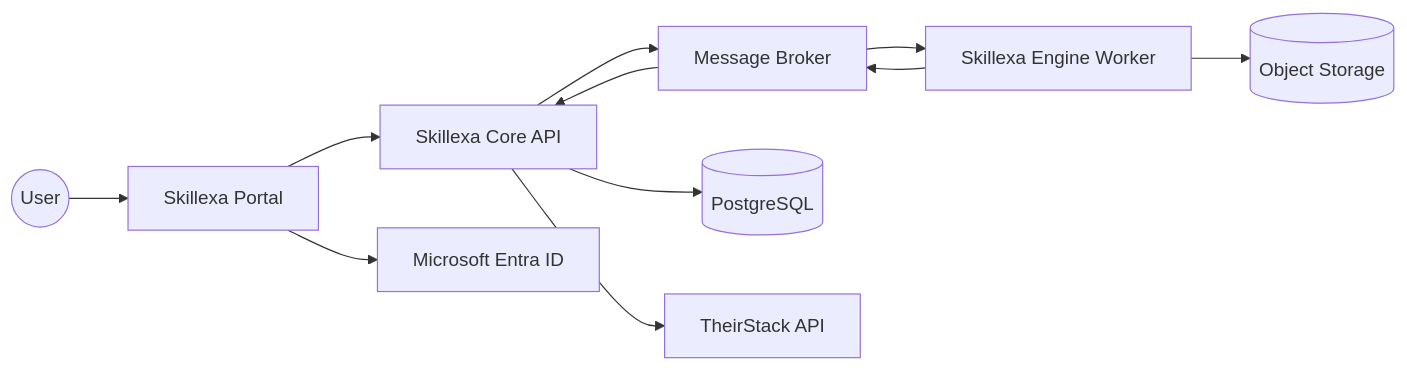
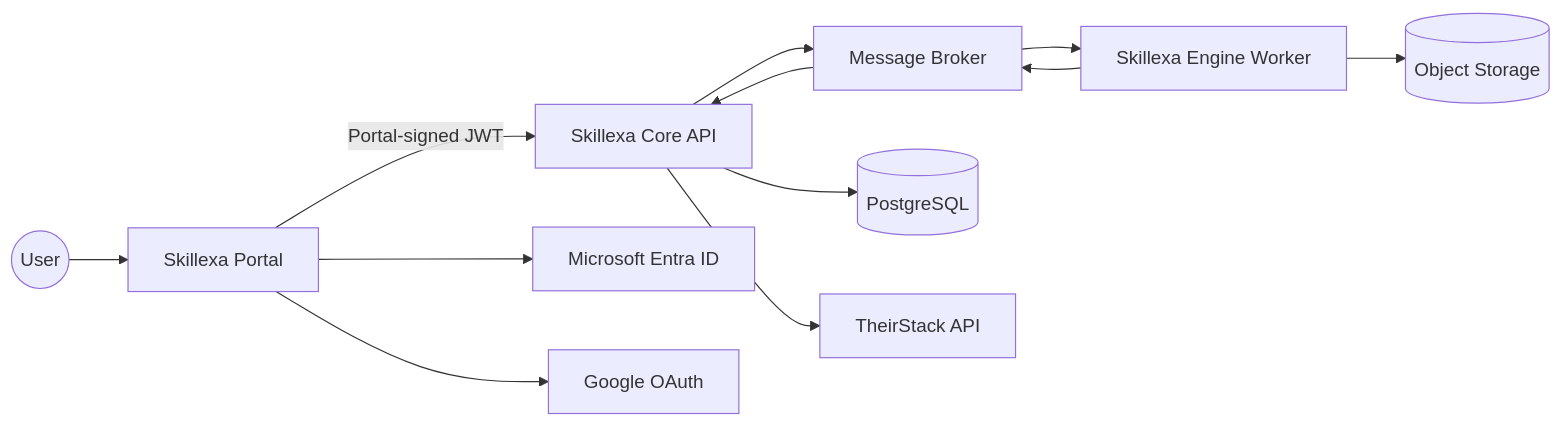
The diagram in docs/diagrams/high-level-system-architecture.md (IXvlad-EU/Skillexa), drawn with Mermaid before and after one commit. The commit also changed 62 other files, not shown here.

````diff
--- a/docs/diagrams/high-level-system-architecture.md
+++ b/docs/diagrams/high-level-system-architecture.md
@@ -1,24 +1,26 @@
 ```mermaid
 flowchart LR
 
     User((User))
     Portal[Skillexa Portal]
     Core[Skillexa Core API]
     Engine[Skillexa Engine Worker]
     Broker[Message Broker]
     Db[(PostgreSQL)]
     Blob[(Object Storage)]
     Search[TheirStack API]
-    Entra[Microsoft Entra ID]
+    Microsoft[Microsoft Entra ID]
+    Google[Google OAuth]
 
     User --> Portal
-    Portal --> Entra
-    Portal --> Core
+    Portal --> Microsoft
+    Portal --> Google
+    Portal -->|Portal-signed JWT| Core
     Core --> Search
     Core --> Db
     Core --> Broker
     Broker --> Engine
     Engine --> Blob
     Engine --> Broker
     Broker --> Core
 ```
````
